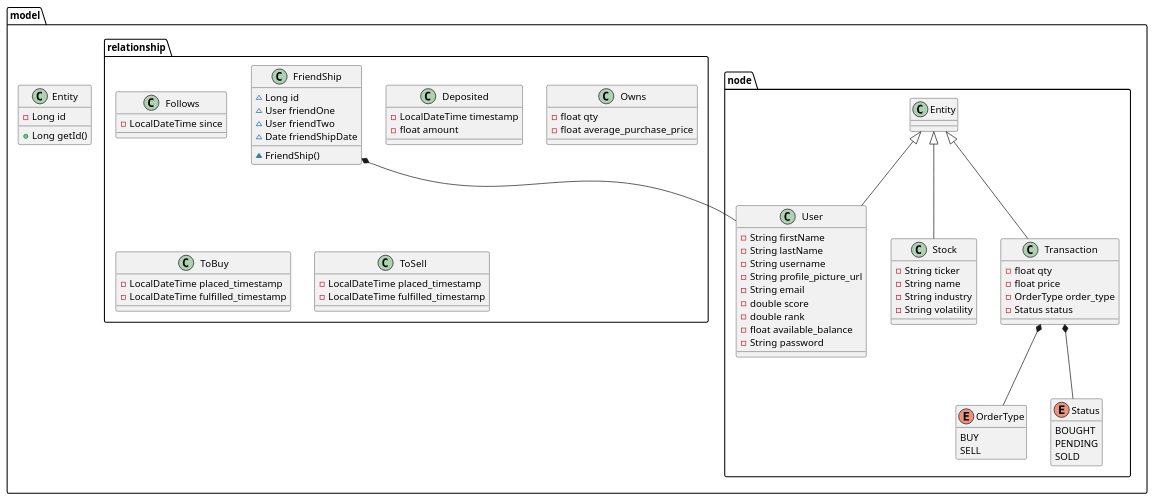
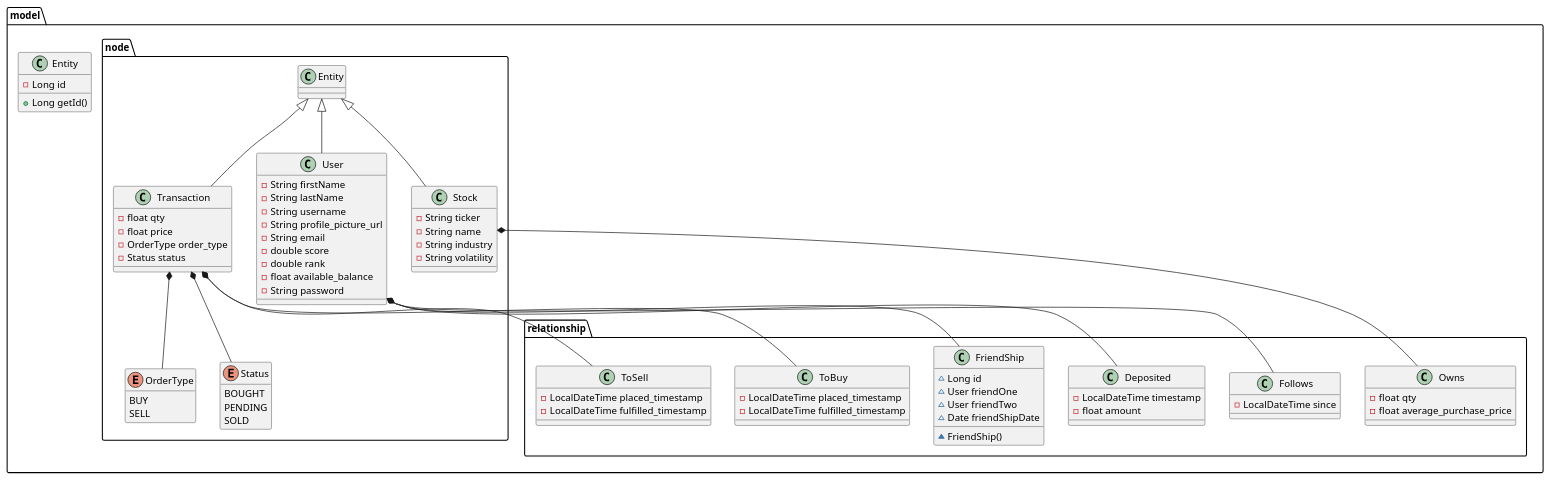
One commit to DPigeon/Money-Tree changed the diagram in backend/diagram/class/ModelPackage.puml. Above: the diagram before and after it, drawn with PlantUML. The commit also changed 4 other files, not shown here.

```diff
--- a/backend/diagram/class/ModelPackage.puml
+++ b/backend/diagram/class/ModelPackage.puml
@@ -1,93 +1,100 @@
 @startuml
 
 package model {
     class Entity {
         -Long id
         +Long getId()
     }
 
     package node {
         class User extends Entity {
             -String firstName
             -String lastName
             -String username
             -String profile_picture_url
             -String email
             -double score
             -double rank
             -float available_balance
             -String password
         }
 
         class Stock extends Entity {
             -String ticker
             -String name
             -String industry
             -String volatility
         }
 
         class Transaction extends Entity {
             -float qty
             -float price
             -OrderType order_type
             -Status status
         }
 
         enum OrderType {
             BUY
             SELL
         }
 
         enum Status {
             BOUGHT
             PENDING
             SOLD
         }
         hide OrderType methods
         hide Status methods
     }
 
     package relationship {
         class FriendShip {
             ~Long id
             ~User friendOne
             ~User friendTwo
             ~Date friendShipDate
             ~FriendShip()
         }
 
         class Follows {
             -LocalDateTime since
         }
 
         class Deposited {
             -LocalDateTime timestamp
             -float amount
         }
 
         class Owns {
             -float qty
             -float average_purchase_price
         }
 
         class ToBuy {
             -LocalDateTime placed_timestamp
             -LocalDateTime fulfilled_timestamp
         }
 
         class ToSell {
             -LocalDateTime placed_timestamp
             -LocalDateTime fulfilled_timestamp
         }
     }
 
    /'
     ' Relationships
     '/
     Transaction *-- OrderType
     Transaction *-- Status
 
-    FriendShip *-- User
+    User *-- FriendShip
+    User *-- Follows
+    User *-- Deposited
+
+    Stock *-- Owns
+
+    Transaction *-- ToBuy
+    Transaction *-- ToSell
 }
 
 @enduml
```
